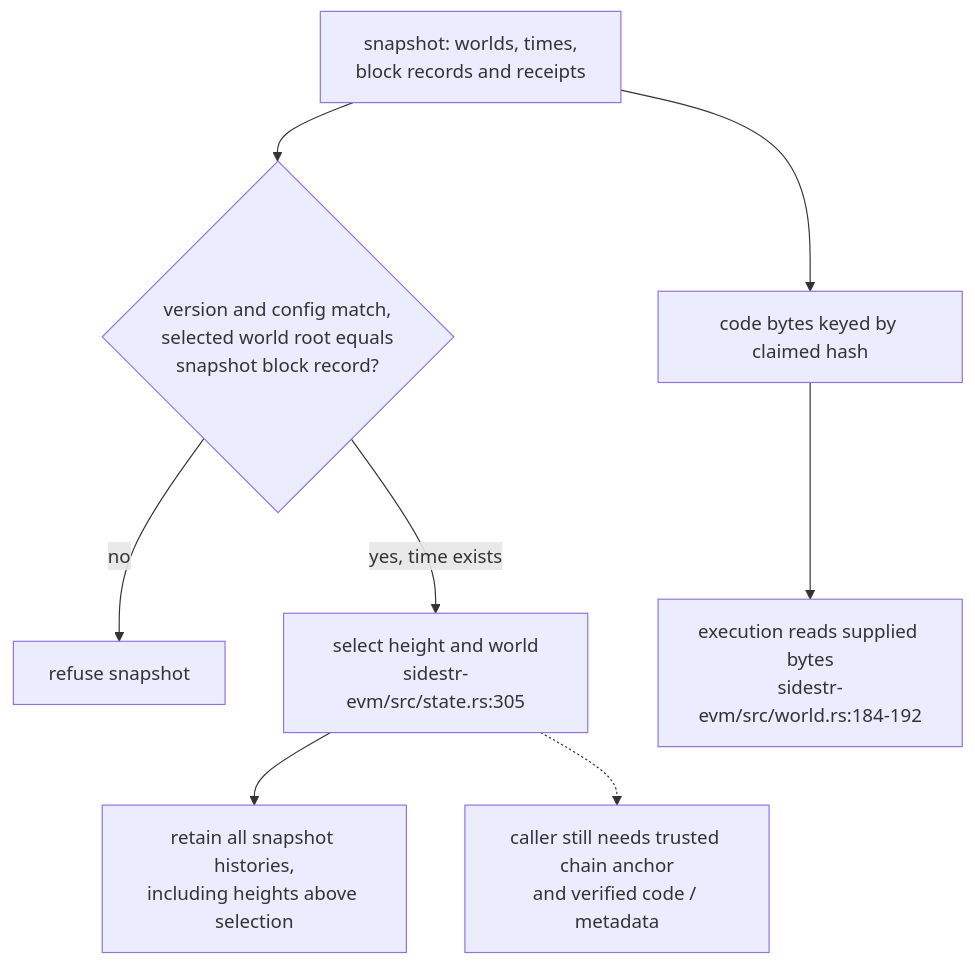
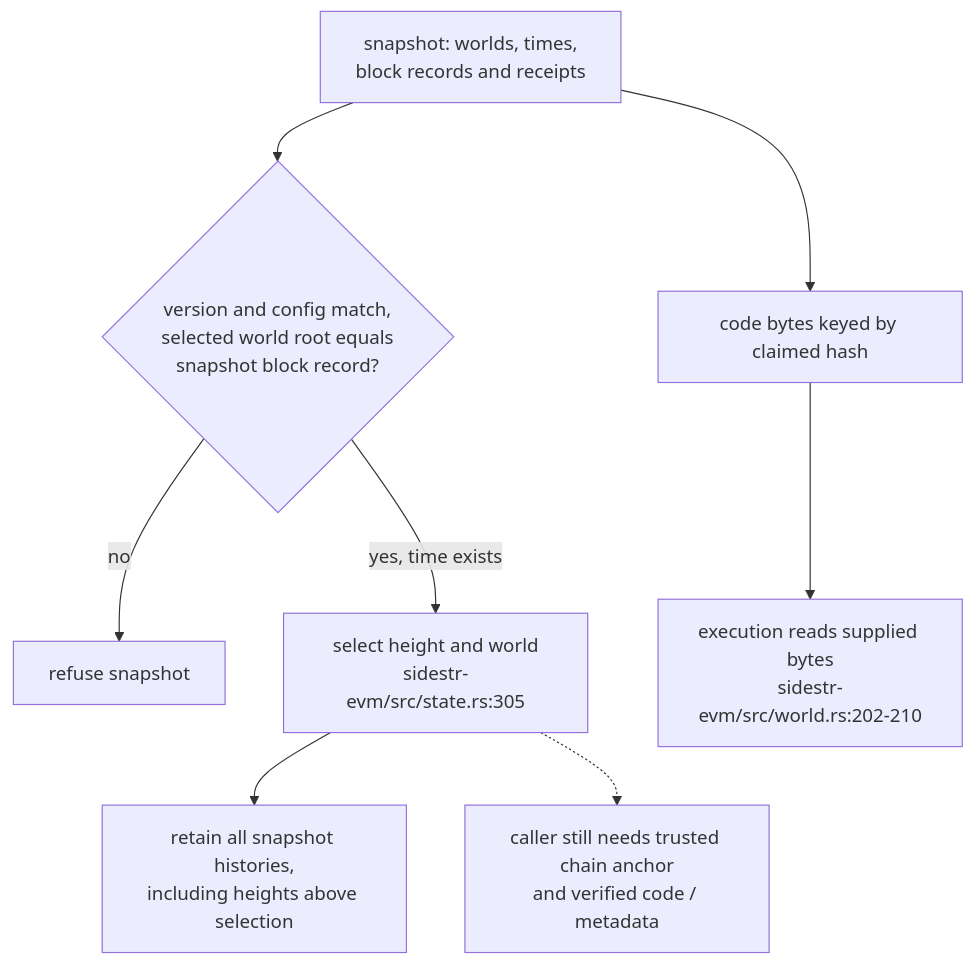
One commit to DreamLab-AI/VisionFlow changed the third of 4 diagrams in docs/diagrams/sidestr-rs/03-evm-overlay-and-retained-state.md. Above: the diagram before and after it, drawn with Mermaid. The commit also changed other lines of this file and 49 other files, not shown here.

First line of the commit message:
docs(diagrams): re-derive and re-stamp VisionClaw, estate, knowledge-graph, visionGraph, VisionFlow and sidestr topics

````diff
--- a/docs/diagrams/sidestr-rs/03-evm-overlay-and-retained-state.md
+++ b/docs/diagrams/sidestr-rs/03-evm-overlay-and-retained-state.md
@@ -85,10 +85,10 @@
 ```mermaid
 flowchart TB
     SNAP["snapshot: worlds, times,<br/>block records and receipts"] --> V{"version and config match,<br/>selected world root equals<br/>snapshot block record?"}
     V -->|no| REF["refuse snapshot"]
     V -->|yes, time exists| LIVE["select height and world<br/>sidestr-evm/src/state.rs:305"]
     SNAP --> CODE["code bytes keyed by claimed hash"]
-    CODE --> EXEC["execution reads supplied bytes<br/>sidestr-evm/src/world.rs:184-192"]
+    CODE --> EXEC["execution reads supplied bytes<br/>sidestr-evm/src/world.rs:202-210"]
     LIVE --> ALL["retain all snapshot histories,<br/>including heights above selection"]
     LIVE -.-> NEED["caller still needs trusted chain anchor<br/>and verified code / metadata"]
 ```
````
